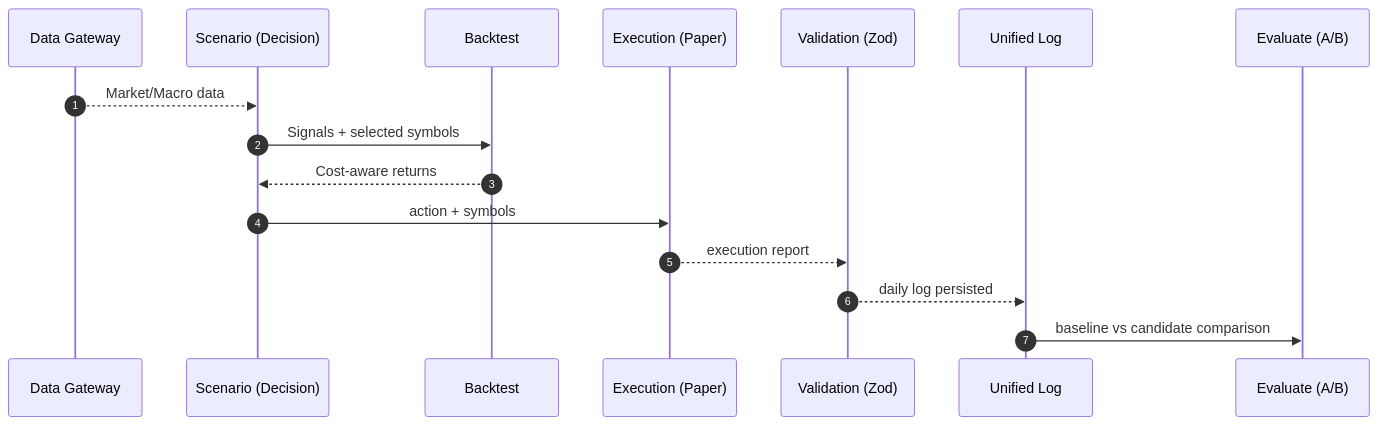
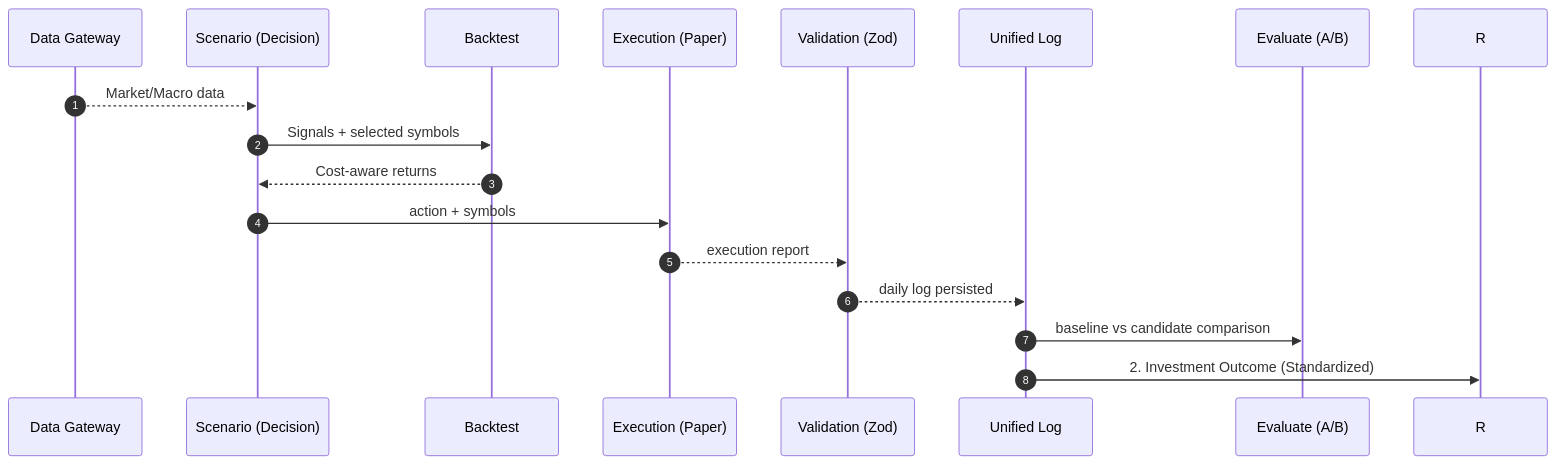
One commit to KAFKA2306/investor changed the diagram in .agent/workflows/daily.md. Above: the diagram before and after it, drawn with Mermaid. The commit also changed other lines of this file and 44 other files, not shown here.

````diff
--- a/.agent/workflows/daily.md
+++ b/.agent/workflows/daily.md
@@ -10,19 +10,20 @@
 ```mermaid
 sequenceDiagram
     autonumber
     participant D as Data Gateway
     participant S as Scenario (Decision)
     participant B as Backtest
     participant X as Execution (Paper)
     participant V as Validation (Zod)
     participant L as Unified Log
     participant E as Evaluate (A/B)
 
     D-->>S: Market/Macro data
     S->>B: Signals + selected symbols
     B-->>S: Cost-aware returns
     S->>X: action + symbols
     X-->>V: execution report
     V-->>L: daily log persisted
     L->>E: baseline vs candidate comparison
+    L->>R: 2. Investment Outcome (Standardized)
 ```
````
